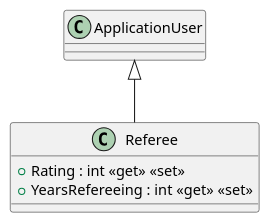
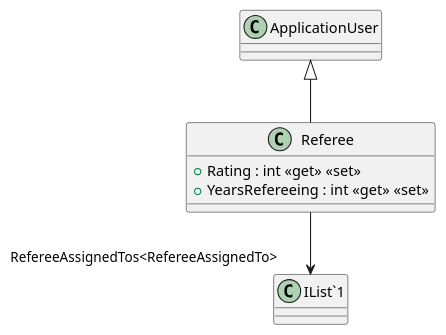
The diagram in src/AppForSEII.API/ClassDiagram/Referee.puml (SEII2627SEALLUAN/SEII2627SEALLUAN), drawn with PlantUML before and after one commit. The commit also changed 13 other files, not shown here.

Commit message:
- finish the definition of its classes of Model folowing the instructions of the previous week. - create the different relationships included in its UC diagram.

```diff
--- a/src/AppForSEII.API/ClassDiagram/Referee.puml
+++ b/src/AppForSEII.API/ClassDiagram/Referee.puml
@@ -1,7 +1,8 @@
 @startuml
 class Referee {
     + Rating : int <<get>> <<set>>
     + YearsRefereeing : int <<get>> <<set>>
 }
 ApplicationUser <|-- Referee
+Referee --> "RefereeAssignedTos<RefereeAssignedTo>" "IList`1"
 @enduml
```
